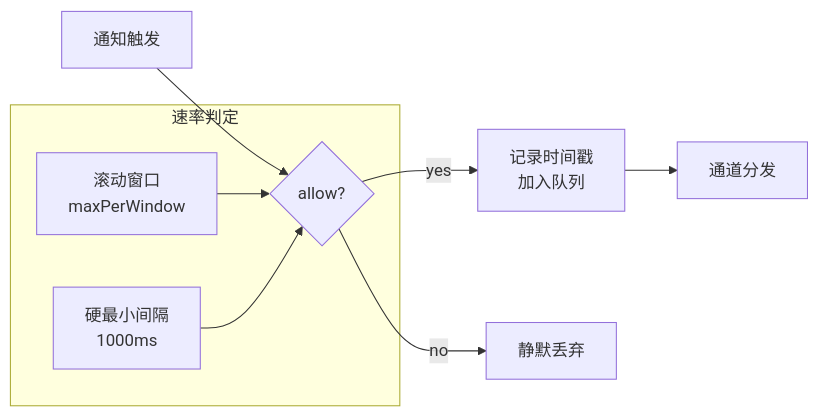
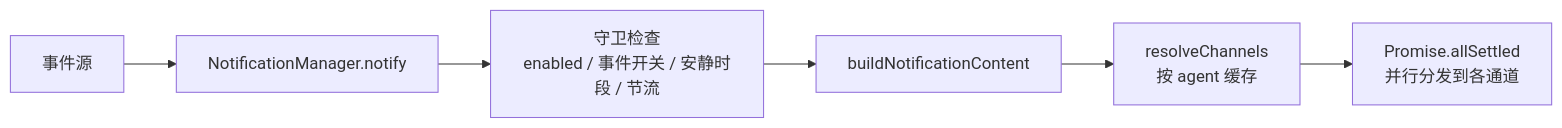
The first of 2 diagrams in docs/04-Advanced/notification-system.md (EricMoin/rolebox-docs), drawn with Mermaid before and after one commit. The commit also changed other lines of this file and 62 other files, not shown here.

````diff
--- a/docs/04-Advanced/notification-system.md
+++ b/docs/04-Advanced/notification-system.md
@@ -479,11 +30,8 @@
 ```mermaid
-flowchart LR
-    A[通知触发] --> B{allow?}
-    B -->|yes| C[记录时间戳<br>加入队列]
-    B -->|no| D[静默丢弃]
-    C --> E[通道分发]
-    subgraph Throttle[速率判定]
-        F[滚动窗口<br>maxPerWindow] --> B
-        G[硬最小间隔<br>1000ms] --> B
-    end
+graph LR
+    S[事件源] --> M[NotificationManager.notify]
+    M --> G[守卫检查<br/>enabled / 事件开关 / 安静时段 / 节流]
+    G --> C[buildNotificationContent]
+    C --> R[resolveChannels<br/>按 agent 缓存]
+    R --> D[Promise.allSettled<br/>并行分发到各通道]
 ```
````
